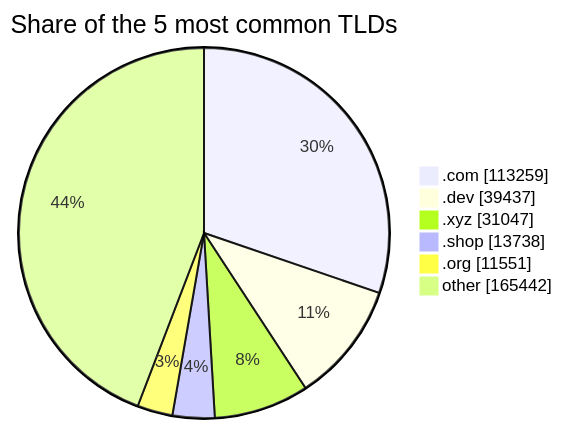
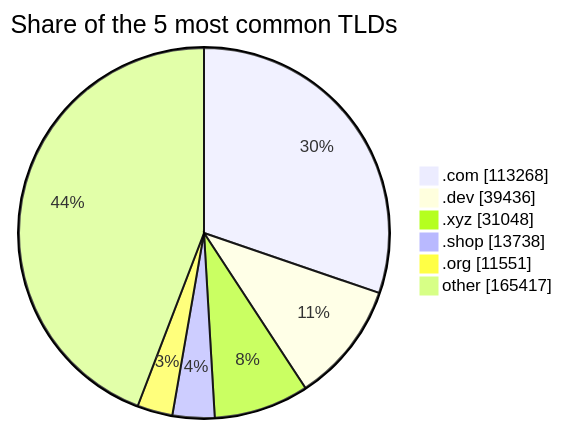
Before and after one commit to DNSBunker/CTI: the third of 3 diagrams in README.md, drawn with Mermaid. The commit also changed other lines of this file and 3 other files, not shown here.

````diff
--- a/README.md
+++ b/README.md
@@ -81,9 +81,9 @@
 ```mermaid
 pie showData title Share of the 5 most common TLDs
-    ".com" : 113259
-    ".dev" : 39437
-    ".xyz" : 31047
+    ".com" : 113268
+    ".dev" : 39436
+    ".xyz" : 31048
     ".shop" : 13738
     ".org" : 11551
-    "other" : 165442
+    "other" : 165417
 ```
````
